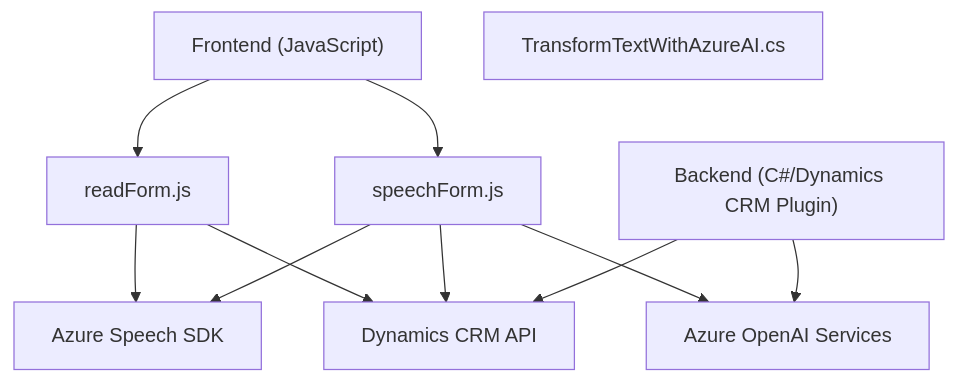
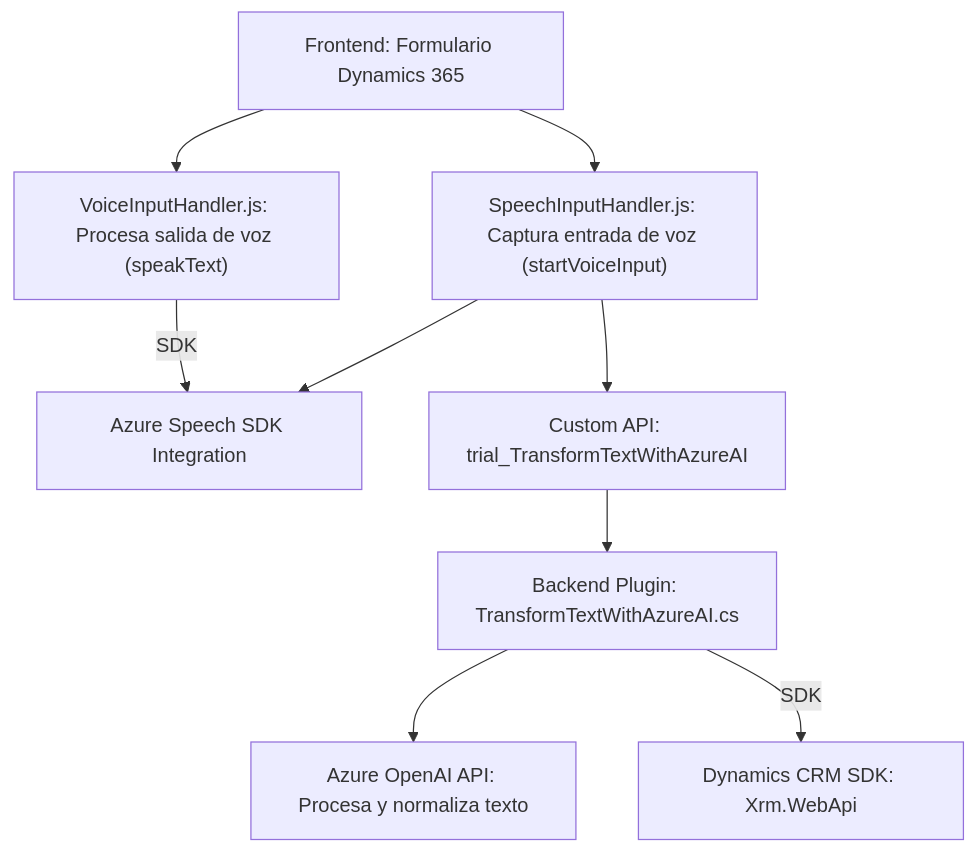
The diagram in README.md (blopezdm/NETCORE_BILBAO2025), drawn with Mermaid before and after one commit. The commit also changed other lines of this file, not shown here.

````diff
--- a/README.md
+++ b/README.md
@@ -32,21 +37,20 @@
 ```mermaid
 graph TD
-    A["Frontend (JavaScript)"]
-    B["readForm.js"]
-    C["speechForm.js"]
-    D["Backend (C#/Dynamics CRM Plugin)"]
-    E["TransformTextWithAzureAI.cs"]
-    F["Azure Speech SDK"]
-    G["Azure OpenAI Services"]
-    H["Dynamics CRM API"]
+    A["Frontend: Formulario Dynamics 365"]
+    B["VoiceInputHandler.js: Procesa salida de voz (speakText)"]
+    C["SpeechInputHandler.js: Captura entrada de voz (startVoiceInput)"]
+    D["Azure Speech SDK Integration"]
+    E["Custom API: trial_TransformTextWithAzureAI"]
+    F["Backend Plugin: TransformTextWithAzureAI.cs"]
+    G["Azure OpenAI API: Procesa y normaliza texto"]
+    H["Dynamics CRM SDK: Xrm.WebApi"]
 
     A --> B
     A --> C
-    B --> F
-    B --> H
-    C --> F
-    C --> G
-    C --> H
-    D --> G
-    D --> H
+    C --> D
+    C --> E
+    E --> F
+    F --> G
+    B -- SDK --> D
+    F -- SDK --> H
 ```
````
